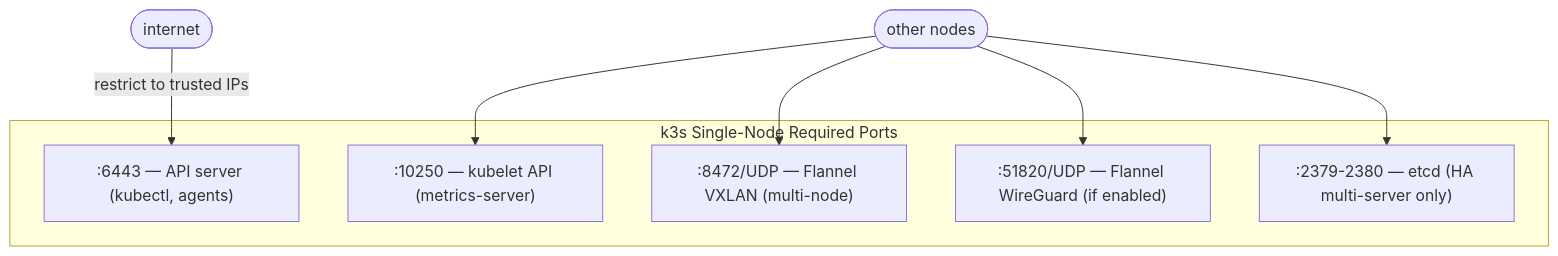
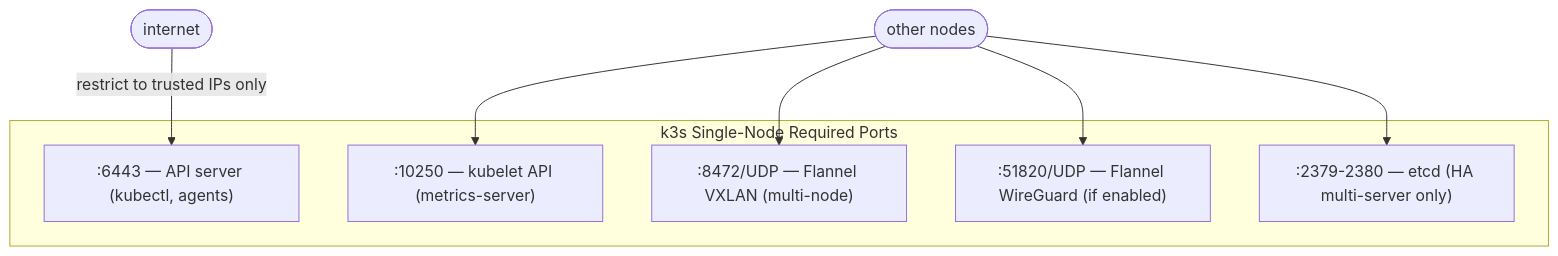
The fourth of 6 diagrams in 09_security/05_hardening_guide.md (UncleJS/course_k3s), drawn with Mermaid before and after one commit. The commit also changed other lines of this file and 45 other files, not shown here.

First line of the commit message:
Expand all course lessons: Mermaid diagrams + rich prose across 43 files

````diff
--- a/09_security/05_hardening_guide.md
+++ b/09_security/05_hardening_guide.md
@@ -308,16 +331,19 @@
 ```mermaid
 flowchart TD
     subgraph "k3s Single-Node Required Ports"
         P1[":6443 — API server (kubectl, agents)"]
         P2[":10250 — kubelet API (metrics-server)"]
         P3[":8472/UDP — Flannel VXLAN (multi-node)"]
         P4[":51820/UDP — Flannel WireGuard (if enabled)"]
         P5[":2379-2380 — etcd (HA multi-server only)"]
     end
 
-    INTERNET([internet]) -->|restrict to trusted IPs| P1
-    NODES([other nodes]) --> P2
+    INTERNET(["internet"])
+    NODES(["other nodes"])
+
+    INTERNET -->|"restrict to trusted IPs only"| P1
+    NODES --> P2
     NODES --> P3
     NODES --> P4
     NODES --> P5
 ```
````
